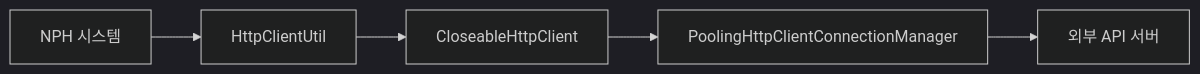
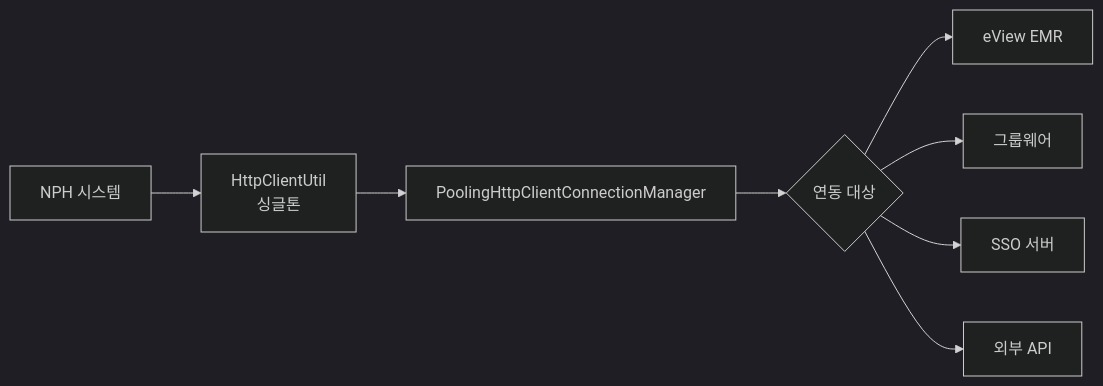
Before and after one commit to forsylph/nph: the diagram in 03.analysis_results/033.platform-services/0332.integration/B.HTTP-REST-클라이언트.md, drawn with Mermaid (dark theme). The commit also changed other lines of this file, not shown here.

First line of the commit message:
Update: HTTP-REST-클라이언트.md 문서 개선

````diff
--- a/03.analysis_results/033.platform-services/0332.integration/B.HTTP-REST-클라이언트.md
+++ b/03.analysis_results/033.platform-services/0332.integration/B.HTTP-REST-클라이언트.md
@@ -58,7 +98,10 @@
 ```mermaid
 flowchart LR
-    A[NPH 시스템] --> B[HttpClientUtil]
-    B --> C[CloseableHttpClient]
-    C --> D[PoolingHttpClientConnectionManager]
-    D --> E[외부 API 서버]
+    A[NPH 시스템] --> B[HttpClientUtil<br/>싱글톤]
+    B --> C[PoolingHttpClientConnectionManager]
+    C --> D{연동 대상}
+    D --> E[eView EMR]
+    D --> F[그룹웨어]
+    D --> G[SSO 서버]
+    D --> H[외부 API]
 ```
````
